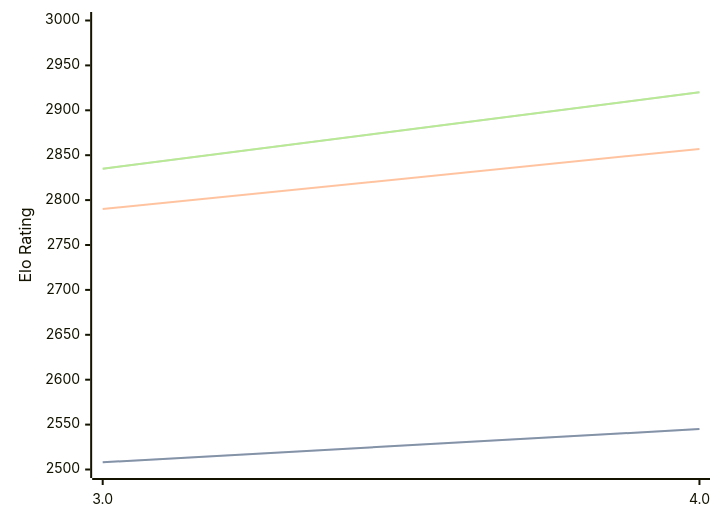
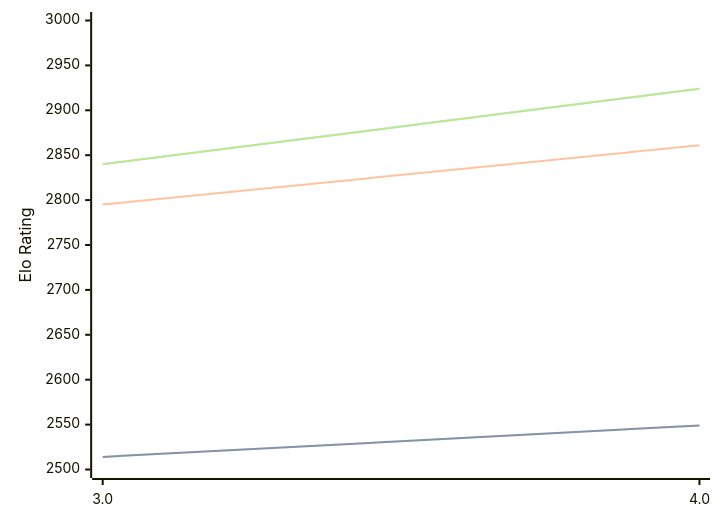
The diagram in engines/Chess3.md (computer-chess-index/cci), drawn with Mermaid before and after one commit. The commit also changed other lines of this file, not shown here.

Commit message:
Update CCI Ratings (ELO VLTC) - 2026-04-18

````diff
--- a/engines/Chess3.md
+++ b/engines/Chess3.md
@@ -34,11 +34,11 @@
 ```mermaid
 %%{init: {"theme":"base","themeVariables":{"seriesColors:['#a3a3a3','#222221','#faa371']}}}%%
 xychart-beta
   x-axis ["3.0", "4.0"]
   y-axis "Elo Rating" 2500 --> 3000
-  line "STC (8.0+0.08s)" [2508, 2545]
-  line "STC (8.0+0.08s)" [2508, 2545]
-  line "LTC (60.0+0.60s)" [2790, 2857]
-  line "VLTC (2m24s+1.12s)" [2835, 2920]
-  line "VLTC (2m24s+1.12s)" [2835, 2920]
+  line "STC (8.0+0.08s)" [2514, 2549]
+  line "STC (8.0+0.08s)" [2514, 2549]
+  line "LTC (60.0+0.60s)" [2795, 2861]
+  line "VLTC (2m24s+1.12s)" [2840, 2924]
+  line "VLTC (2m24s+1.12s)" [2840, 2924]
 ```
````
